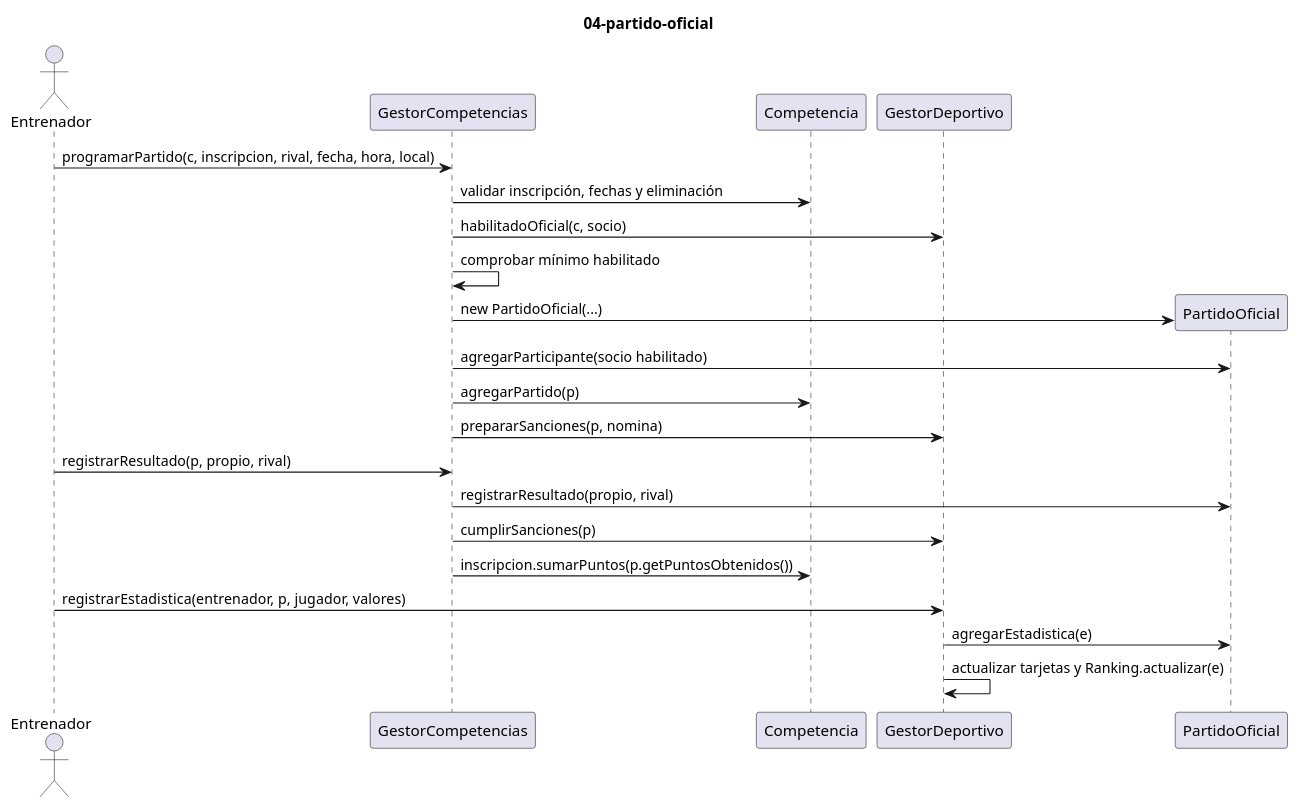
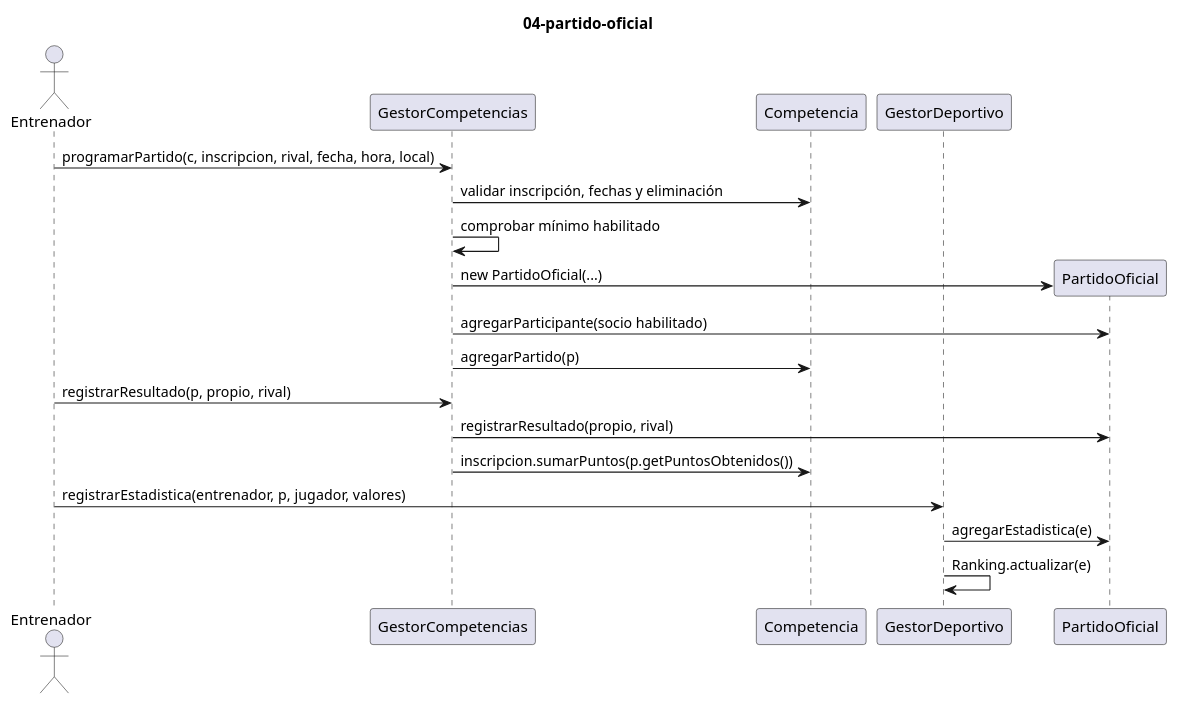
Before and after one commit to scasta06/Proyecto-1: the diagram in Proyecto 1/Entrega 2/documentacion/diagramas/secuencia-04-partido-oficial.puml, drawn with PlantUML. The commit also changed 73 other files, not shown here.

```diff
--- a/Proyecto 1/Entrega 2/documentacion/diagramas/secuencia-04-partido-oficial.puml
+++ b/Proyecto 1/Entrega 2/documentacion/diagramas/secuencia-04-partido-oficial.puml
@@ -1,24 +1,21 @@
 @startuml
 title 04-partido-oficial
 actor Entrenador
 participant GestorCompetencias as G
 participant Competencia as C
 participant GestorDeportivo as D
 participant PartidoOficial as P
 Entrenador -> G: programarPartido(c, inscripcion, rival, fecha, hora, local)
 G -> C: validar inscripción, fechas y eliminación
-G -> D: habilitadoOficial(c, socio)
 G -> G: comprobar mínimo habilitado
 create P
 G -> P: new PartidoOficial(...)
 G -> P: agregarParticipante(socio habilitado)
 G -> C: agregarPartido(p)
-G -> D: prepararSanciones(p, nomina)
 Entrenador -> G: registrarResultado(p, propio, rival)
 G -> P: registrarResultado(propio, rival)
-G -> D: cumplirSanciones(p)
 G -> C: inscripcion.sumarPuntos(p.getPuntosObtenidos())
 Entrenador -> D: registrarEstadistica(entrenador, p, jugador, valores)
 D -> P: agregarEstadistica(e)
-D -> D: actualizar tarjetas y Ranking.actualizar(e)
+D -> D: Ranking.actualizar(e)
 @enduml
```
